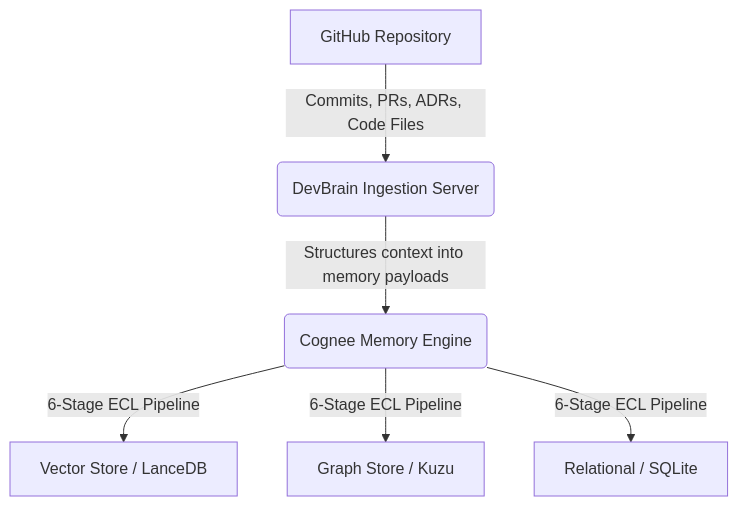
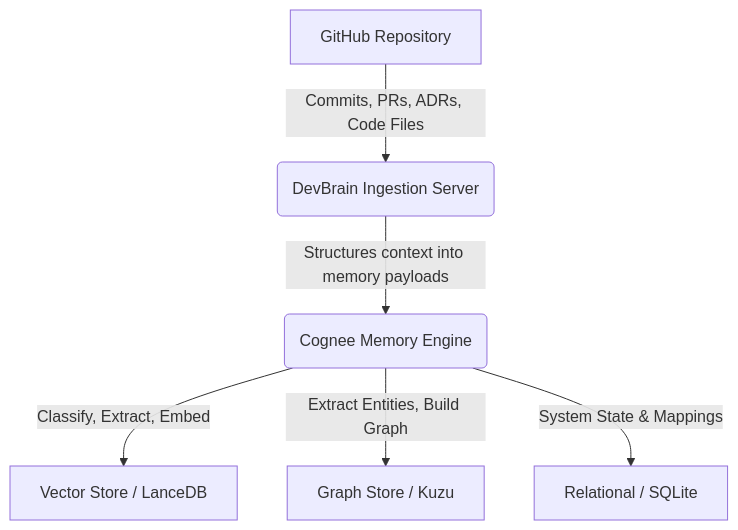
The diagram in frontend/content/docs/index.mdx (ayushk-1801/devbrain), drawn with Mermaid before and after one commit. The commit also changed other lines of this file and 57 other files, not shown here.

````diff
--- a/frontend/content/docs/index.mdx
+++ b/frontend/content/docs/index.mdx
@@ -24,8 +47,8 @@
 ```mermaid
 graph TD
     A[GitHub Repository] -->|Commits, PRs, ADRs, Code Files| B(DevBrain Ingestion Server)
     B -->|Structures context into memory payloads| C(Cognee Memory Engine)
-    C -->|6-Stage ECL Pipeline| D[Vector Store / LanceDB]
-    C -->|6-Stage ECL Pipeline| E[Graph Store / Kuzu]
-    C -->|6-Stage ECL Pipeline| F[Relational / SQLite]
+    C -->|Classify, Extract, Embed| D[Vector Store / LanceDB]
+    C -->|Extract Entities, Build Graph| E[Graph Store / Kuzu]
+    C -->|System State & Mappings| F[Relational / SQLite]
 ```
````
